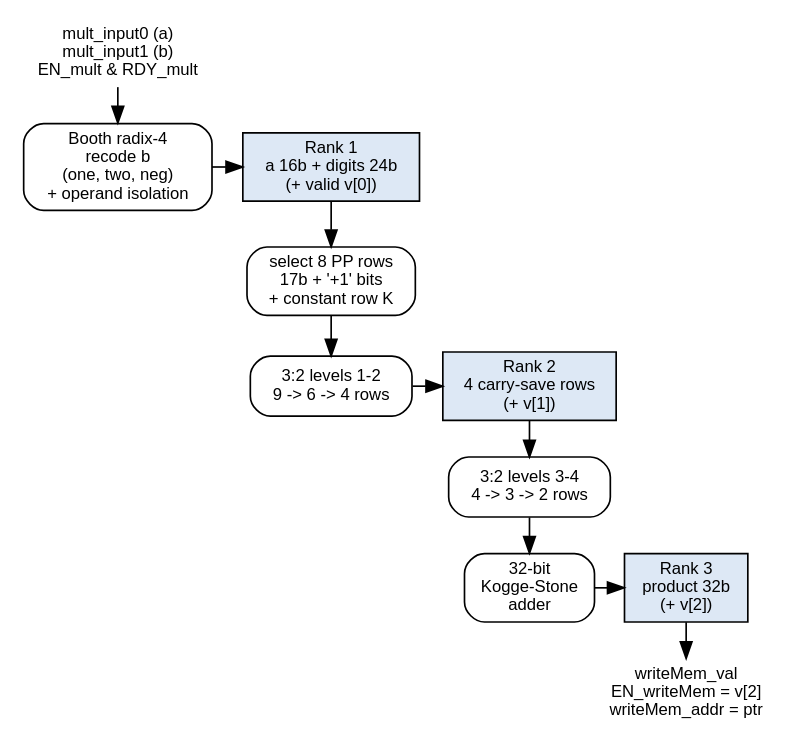
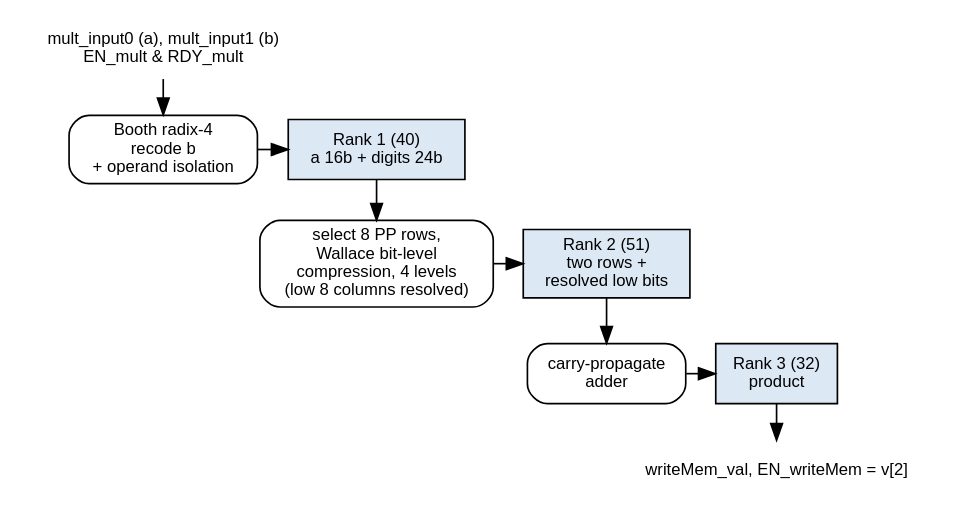
One commit to amrsherif21/elec402-p2-open changed the diagram in submission/pdf_report/src/dp400.dot. Above: the diagram before and after it, drawn with Graphviz. The commit also changed 5 other files, not shown here.

```diff
--- a/submission/pdf_report/src/dp400.dot
+++ b/submission/pdf_report/src/dp400.dot
@@ -1,20 +1,14 @@
 digraph dp400 {
   rankdir=TB; newrank=true; bgcolor=white; nodesep=0.25; ranksep=0.3;
   node [fontname="Helvetica", fontsize=10];
-  edge [fontname="Helvetica", fontsize=9];
-  in [shape=plaintext, label="mult_input0 (a)\nmult_input1 (b)\nEN_mult & RDY_mult"];
-  enc [shape=box, style=rounded, label="Booth radix-4\nrecode b\n(one, two, neg)\n+ operand isolation"];
-  r1 [shape=box, style=filled, fillcolor="#dde8f5", label="Rank 1\na 16b + digits 24b\n(+ valid v[0])"];
-  pp [shape=box, style=rounded, label="select 8 PP rows\n17b + '+1' bits\n+ constant row K"];
-  c12 [shape=box, style=rounded, label="3:2 levels 1-2\n9 -> 6 -> 4 rows"];
-  r2 [shape=box, style=filled, fillcolor="#dde8f5", label="Rank 2\n4 carry-save rows\n(+ v[1])"];
-  c34 [shape=box, style=rounded, label="3:2 levels 3-4\n4 -> 3 -> 2 rows"];
-  cpa [shape=box, style=rounded, label="32-bit\nKogge-Stone\nadder"];
-  r3 [shape=box, style=filled, fillcolor="#dde8f5", label="Rank 3\nproduct 32b\n(+ v[2])"];
-  out [shape=plaintext, label="writeMem_val\nEN_writeMem = v[2]\nwriteMem_addr = ptr"];
-  in -> enc -> r1 -> pp -> c12 -> r2 -> c34 -> cpa -> r3 -> out;
-  {rank=same; enc; r1;}
-  {rank=same; c12; r2;}
-  {rank=same; pp;}
-  {rank=same; cpa; r3;}
+  in [shape=plaintext, label="mult_input0 (a), mult_input1 (b)\nEN_mult & RDY_mult"];
+  enc [shape=box, style=rounded, label="Booth radix-4\nrecode b\n+ operand isolation"];
+  r1 [shape=box, style=filled, fillcolor="#dde8f5", label="Rank 1 (40)\na 16b + digits 24b"];
+  tree [shape=box, style=rounded, label="select 8 PP rows,\nWallace bit-level\ncompression, 4 levels\n(low 8 columns resolved)"];
+  r2 [shape=box, style=filled, fillcolor="#dde8f5", label="Rank 2 (51)\ntwo rows +\nresolved low bits"];
+  cpa [shape=box, style=rounded, label="carry-propagate\nadder"];
+  r3 [shape=box, style=filled, fillcolor="#dde8f5", label="Rank 3 (32)\nproduct"];
+  out [shape=plaintext, label="writeMem_val, EN_writeMem = v[2]"];
+  in -> enc -> r1 -> tree -> r2 -> cpa -> r3 -> out;
+  {rank=same; enc; r1;} {rank=same; tree; r2;} {rank=same; cpa; r3;}
 }
```
